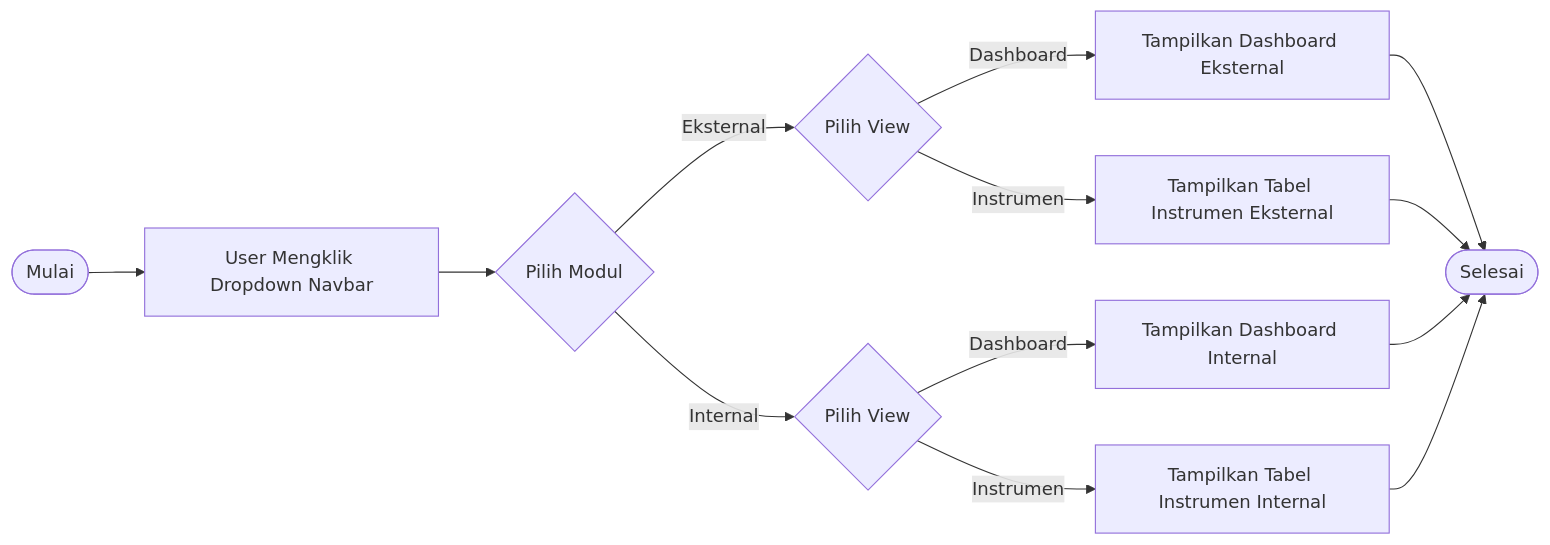
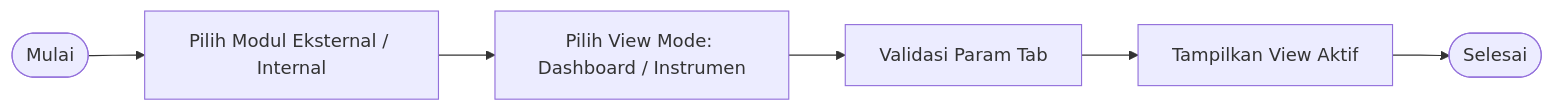
One commit to ebenlimbong/pmn-kalibrasi changed the first of 9 diagrams in bpm_workflow_level_list.md. Above: the diagram before and after it, drawn with Mermaid. The commit also changed other lines of this file and 1 other file, not shown here.

Commit message:
docs: selaraskan format tabel rincian proses bisnis 100% persis dengan standar blueprint inalum

````diff
--- a/bpm_workflow_level_list.md
+++ b/bpm_workflow_level_list.md
@@ -17,12 +17,8 @@
 ```mermaid
 flowchart LR
-    A([Mulai]) --> B[User Mengklik Dropdown Navbar]
-    B --> C{Pilih Modul}
-    C -->|Eksternal| D{Pilih View}
-    C -->|Internal| E{Pilih View}
-    D -->|Dashboard| F[Tampilkan Dashboard Eksternal]
-    D -->|Instrumen| G[Tampilkan Tabel Instrumen Eksternal]
-    E -->|Dashboard| H[Tampilkan Dashboard Internal]
-    E -->|Instrumen| I[Tampilkan Tabel Instrumen Internal]
-    F & G & H & I --> J([Selesai])
+    A([Mulai]) --> B[Pilih Modul Eksternal / Internal]
+    B --> C[Pilih View Mode: Dashboard / Instrumen]
+    C --> D[Validasi Param Tab]
+    D --> E[Tampilkan View Aktif]
+    E --> F([Selesai])
 ```
````
